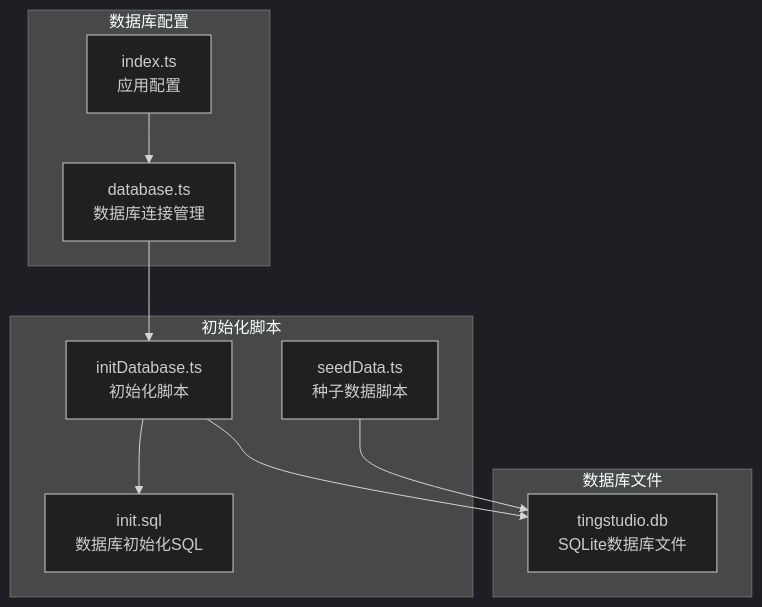
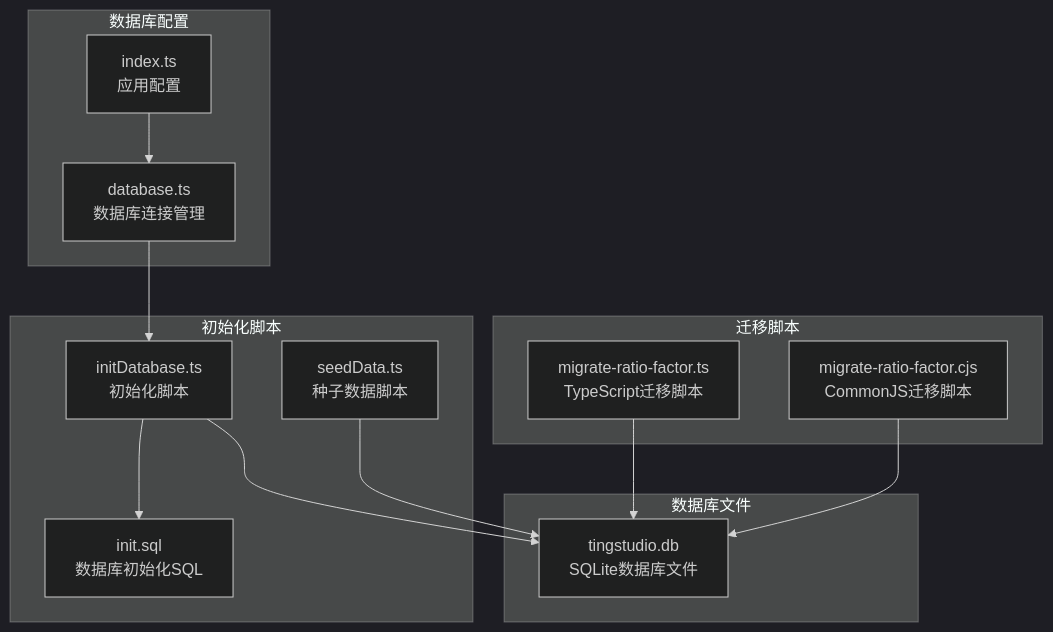
One commit to xpretycn/TingStudio changed the first of 6 diagrams in .qoder/repowiki/zh/content/数据库设计/数据库概览.md. Above: the diagram before and after it, drawn with Mermaid (dark theme). The commit also changed other lines of this file and 26 other files, not shown here.

First line of the commit message:
docs(api): 更新文档支持移除和新增 ratioFactor 参数

````diff
--- a/.qoder/repowiki/zh/content/数据库设计/数据库概览.md
+++ b/.qoder/repowiki/zh/content/数据库设计/数据库概览.md
@@ -40,20 +52,26 @@
 ```mermaid
 graph TB
 subgraph "数据库配置"
 Config[index.ts<br/>应用配置]
 DBConfig[database.ts<br/>数据库连接管理]
 end
 subgraph "初始化脚本"
 InitSQL[init.sql<br/>数据库初始化SQL]
 InitDB[initDatabase.ts<br/>初始化脚本]
 SeedData[seedData.ts<br/>种子数据脚本]
 end
+subgraph "迁移脚本"
+MigrateTS[migrate-ratio-factor.ts<br/>TypeScript迁移脚本]
+MigrateCJS[migrate-ratio-factor.cjs<br/>CommonJS迁移脚本]
+end
 subgraph "数据库文件"
 DBFile[tingstudio.db<br/>SQLite数据库文件]
 end
 Config --> DBConfig
 DBConfig --> InitDB
 InitDB --> InitSQL
 InitDB --> DBFile
 SeedData --> DBFile
+MigrateTS --> DBFile
+MigrateCJS --> DBFile
 ```
````
